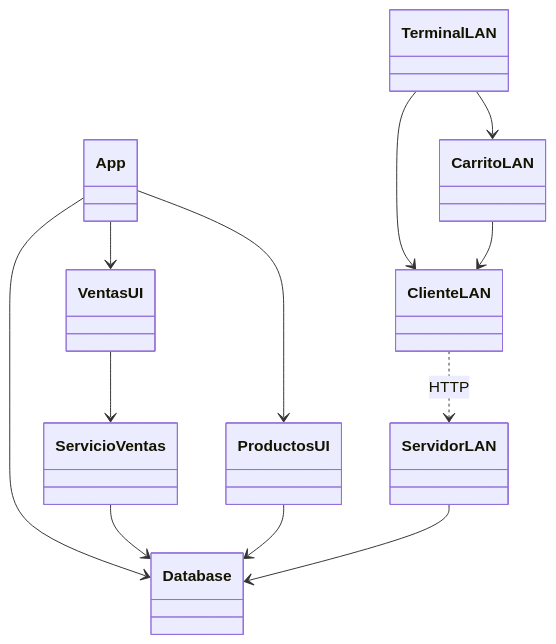
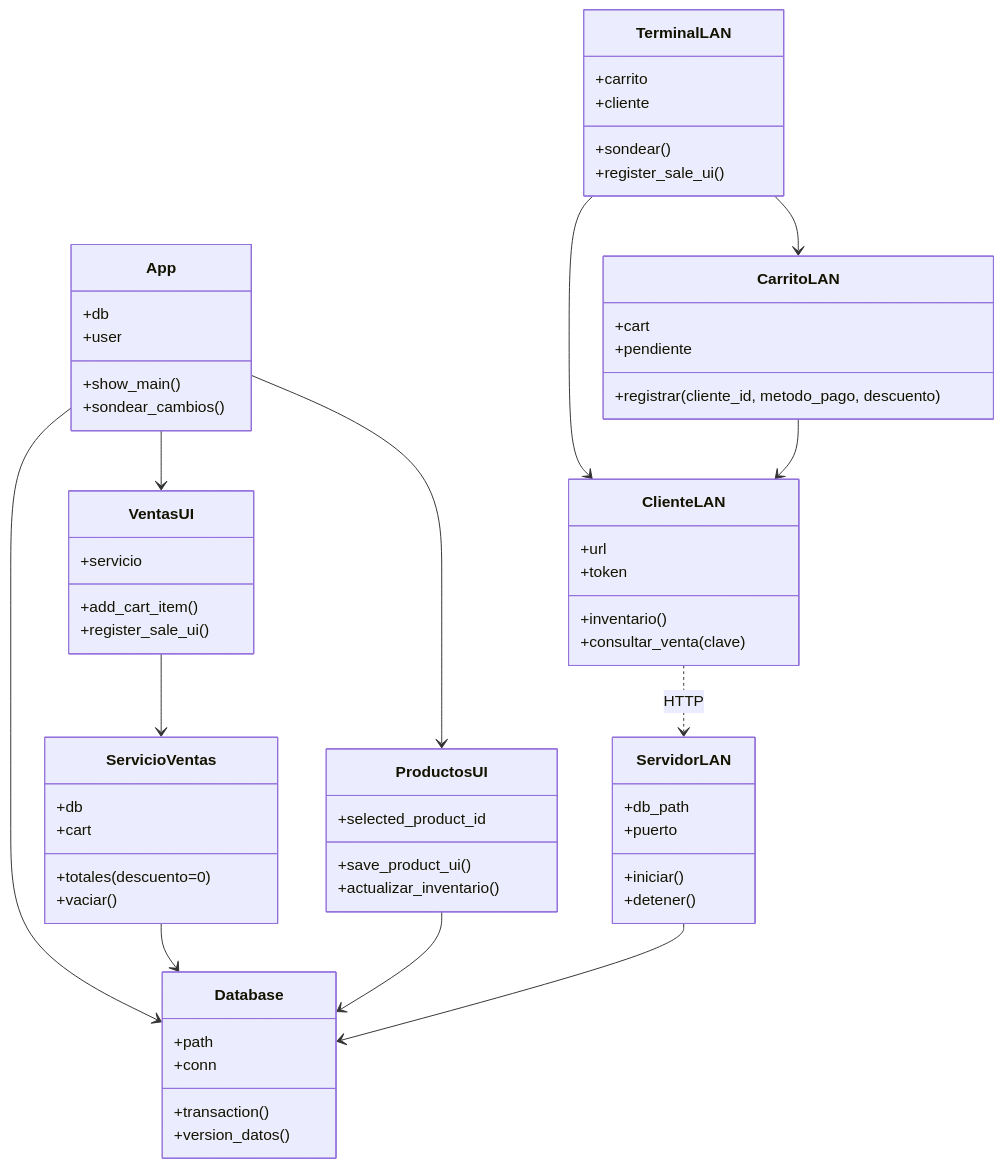
One commit to SQEquipo3/Trapitos changed the first of 4 diagrams in docs/SDD.md. Above: the diagram before and after it, drawn with Mermaid. The commit also changed 2 other files, not shown here.

Commit message:
Mostrar atributos y métodos en el diagrama de clases del SDD

````diff
--- a/docs/SDD.md
+++ b/docs/SDD.md
@@ -62,15 +62,66 @@
 ```mermaid
 classDiagram
 direction TB
+class App {
+    +db
+    +user
+    +show_main()
+    +sondear_cambios()
+}
+class VentasUI {
+    +servicio
+    +add_cart_item()
+    +register_sale_ui()
+}
+class ProductosUI {
+    +selected_product_id
+    +save_product_ui()
+    +actualizar_inventario()
+}
+class ServicioVentas {
+    +db
+    +cart
+    +totales(descuento=0)
+    +vaciar()
+}
+class Database {
+    +path
+    +conn
+    +transaction()
+    +version_datos()
+}
+class TerminalLAN {
+    +carrito
+    +cliente
+    +sondear()
+    +register_sale_ui()
+}
+class CarritoLAN {
+    +cart
+    +pendiente
+    +registrar(cliente_id, metodo_pago, descuento)
+}
+class ClienteLAN {
+    +url
+    +token
+    +inventario()
+    +consultar_venta(clave)
+}
+class ServidorLAN {
+    +db_path
+    +puerto
+    +iniciar()
+    +detener()
+}
 App --> Database
 App --> VentasUI
 App --> ProductosUI
 VentasUI --> ServicioVentas
 ServicioVentas --> Database
 ProductosUI --> Database
 TerminalLAN --> CarritoLAN
 TerminalLAN --> ClienteLAN
 CarritoLAN --> ClienteLAN
 ClienteLAN ..> ServidorLAN : HTTP
 ServidorLAN --> Database
 ```
````
